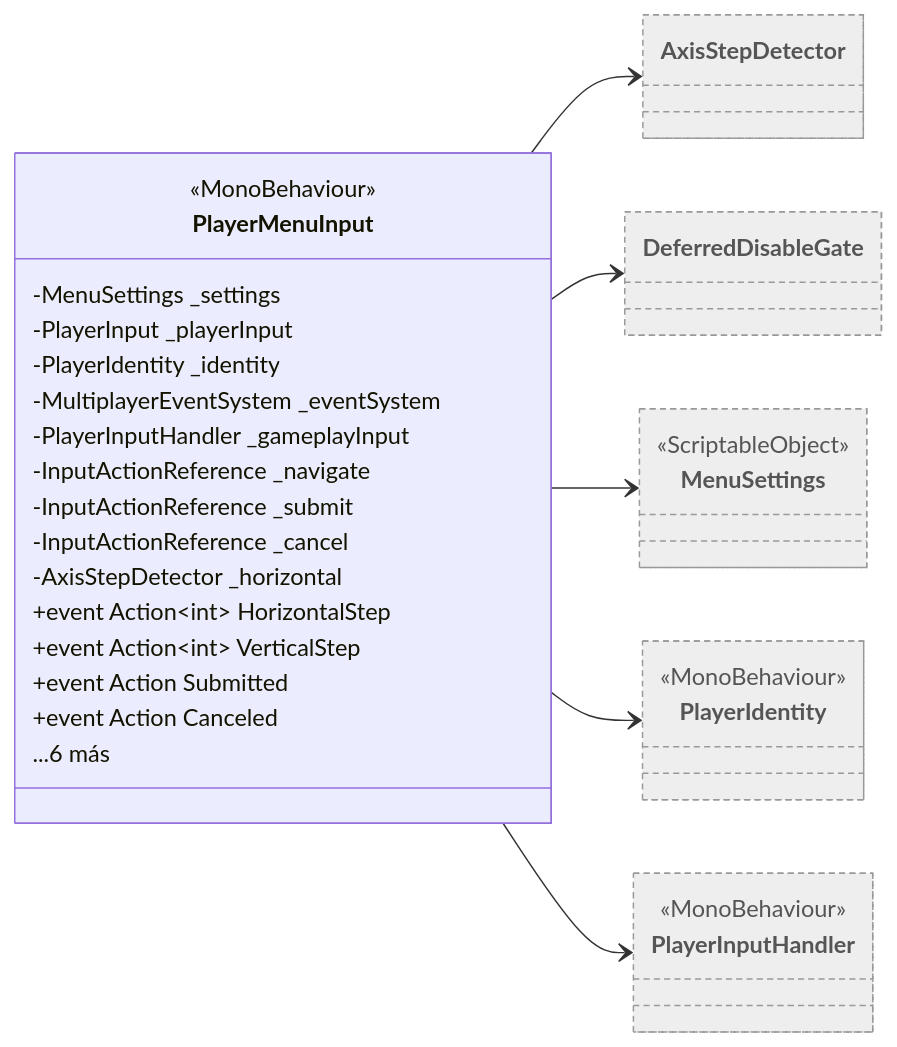
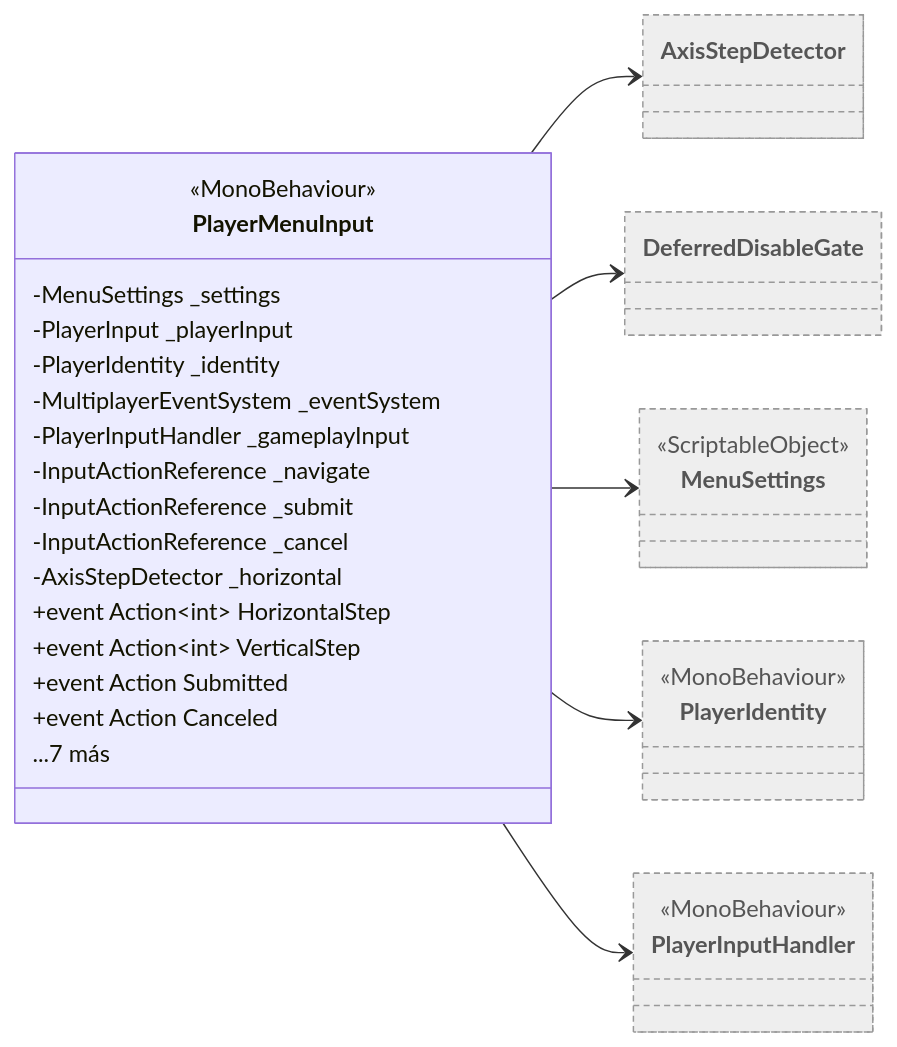
The diagram in Docs/Arquitectura/Clases/Input/PlayerMenuInput.md (Chacashi/Alien-Farms), drawn with Mermaid before and after one commit. The commit also changed other lines of this file and 257 other files, not shown here.

````diff
--- a/Docs/Arquitectura/Clases/Input/PlayerMenuInput.md
+++ b/Docs/Arquitectura/Clases/Input/PlayerMenuInput.md
@@ -18,35 +18,35 @@
 ```mermaid
 classDiagram
   direction LR
   class PlayerMenuInput {
     <<MonoBehaviour>>
     -MenuSettings _settings
     -PlayerInput _playerInput
     -PlayerIdentity _identity
     -MultiplayerEventSystem _eventSystem
     -PlayerInputHandler _gameplayInput
     -InputActionReference _navigate
     -InputActionReference _submit
     -InputActionReference _cancel
     -AxisStepDetector _horizontal
     +event Action~int~ HorizontalStep
     +event Action~int~ VerticalStep
     +event Action Submitted
     +event Action Canceled
-    ...6 más
+    ...7 más
   }
   class AxisStepDetector:::external
   class DeferredDisableGate:::external
   class MenuSettings:::external
   <<ScriptableObject>> MenuSettings
   class PlayerIdentity:::external
   <<MonoBehaviour>> PlayerIdentity
   class PlayerInputHandler:::external
   <<MonoBehaviour>> PlayerInputHandler
   PlayerMenuInput --> AxisStepDetector
   PlayerMenuInput --> DeferredDisableGate
   PlayerMenuInput --> MenuSettings
   PlayerMenuInput --> PlayerIdentity
   PlayerMenuInput --> PlayerInputHandler
   classDef external fill:#eee,stroke:#999,stroke-dasharray: 4 3,color:#555
 ```
````
